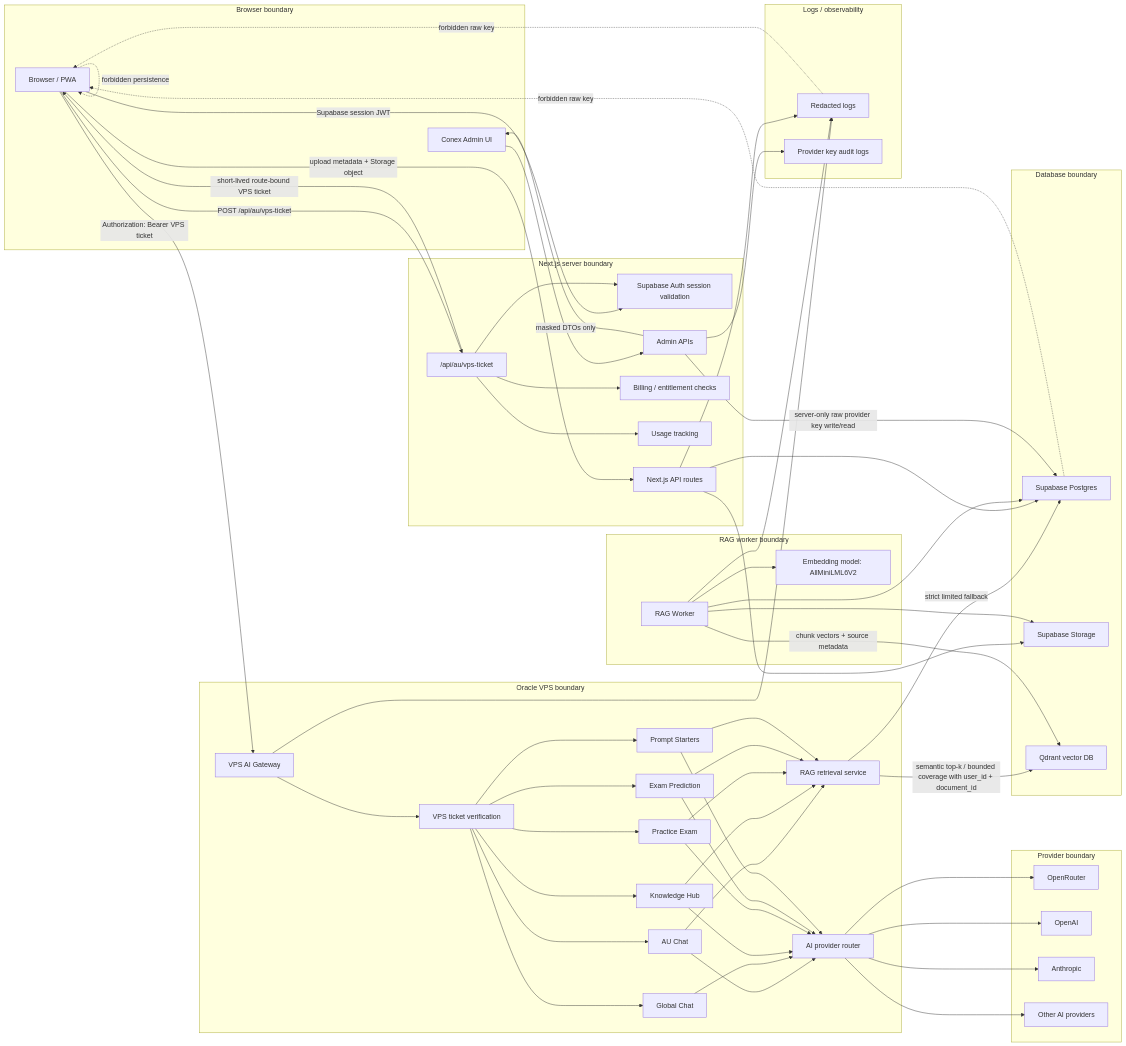
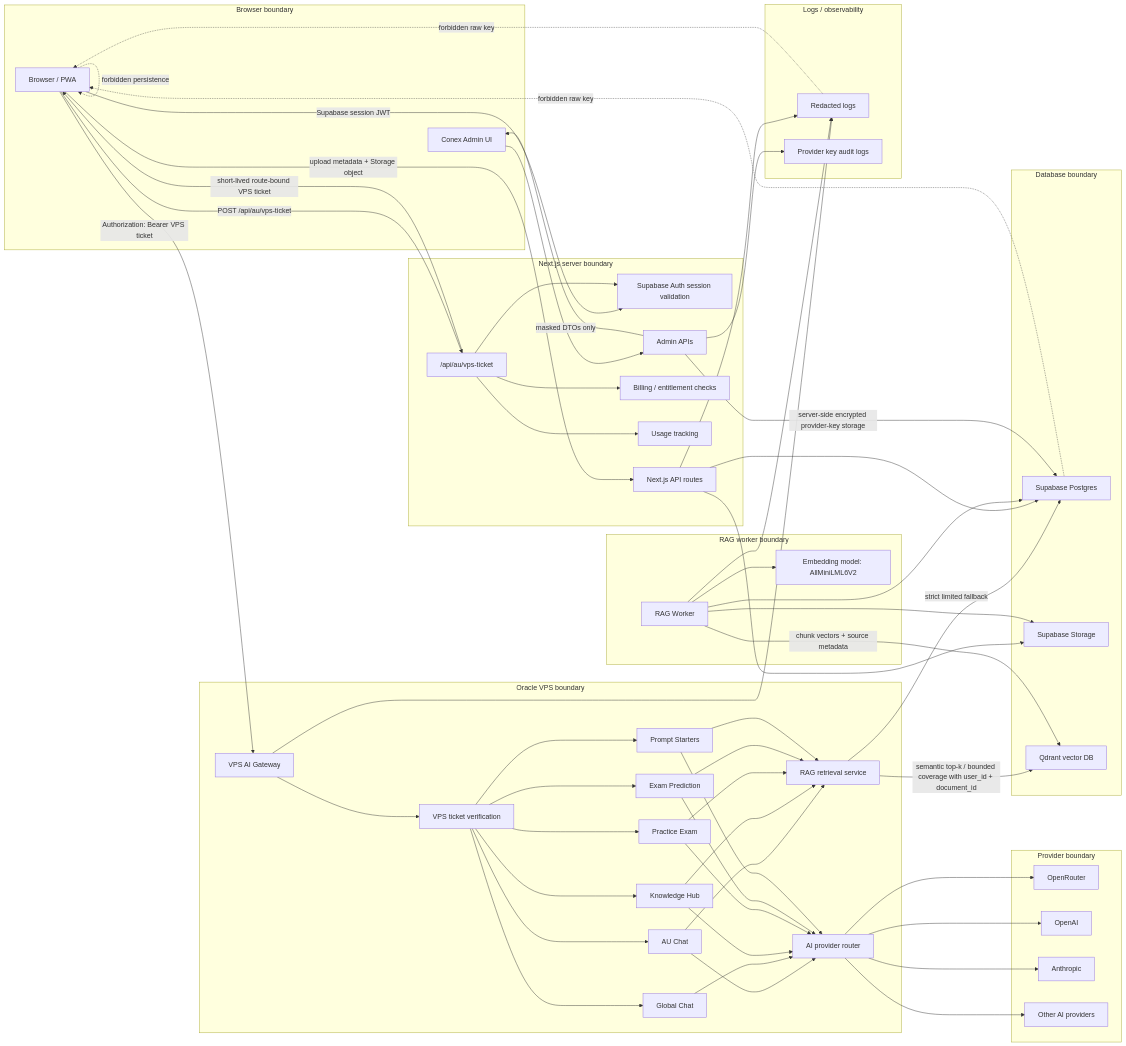
Before and after one commit to DATACUBEAU/Datacube_Au: the diagram in docs/architecture/datacube-au-ai-rag-pipeline.mmd, drawn with Mermaid. The commit also changed 29 other files, not shown here.

First line of the commit message:
feat: implement provider key encryption and update routing contract

```diff
--- a/docs/architecture/datacube-au-ai-rag-pipeline.mmd
+++ b/docs/architecture/datacube-au-ai-rag-pipeline.mmd
@@ -1,104 +1,104 @@
 flowchart LR
   subgraph BROWSER["Browser boundary"]
     PWA["Browser / PWA"]
     AdminUI["Conex Admin UI"]
   end
 
   subgraph NEXT["Next.js server boundary"]
     Auth["Supabase Auth session validation"]
     TicketAPI["/api/au/vps-ticket"]
     NextAPI["Next.js API routes"]
     Entitlements["Billing / entitlement checks"]
     Usage["Usage tracking"]
     AdminAPI["Admin APIs"]
   end
 
   subgraph VPS["Oracle VPS boundary"]
     Gateway["VPS AI Gateway"]
     TicketVerify["VPS ticket verification"]
     AUChat["AU Chat"]
     GlobalChat["Global Chat"]
     Knowledge["Knowledge Hub"]
     Practice["Practice Exam"]
     Prediction["Exam Prediction"]
     Starters["Prompt Starters"]
     Retrieval["RAG retrieval service"]
     Router["AI provider router"]
   end
 
   subgraph DATA["Database boundary"]
     Postgres["Supabase Postgres"]
     Storage["Supabase Storage"]
     Qdrant["Qdrant vector DB"]
   end
 
   subgraph WORKER["RAG worker boundary"]
     Worker["RAG Worker"]
     Embed["Embedding model: AllMiniLML6V2"]
   end
 
   subgraph PROVIDERS["Provider boundary"]
     OpenRouter["OpenRouter"]
     OpenAI["OpenAI"]
     Anthropic["Anthropic"]
     OtherAI["Other AI providers"]
   end
 
   subgraph OBS["Logs / observability"]
     Logs["Redacted logs"]
     Audit["Provider key audit logs"]
   end
 
   PWA -->|"Supabase session JWT"| Auth
   PWA -->|"POST /api/au/vps-ticket"| TicketAPI
   TicketAPI --> Auth
   TicketAPI --> Entitlements
   TicketAPI --> Usage
   TicketAPI -->|"short-lived route-bound VPS ticket"| PWA
   PWA -->|"Authorization: Bearer VPS ticket"| Gateway
   Gateway --> TicketVerify
   TicketVerify --> AUChat
   TicketVerify --> GlobalChat
   TicketVerify --> Knowledge
   TicketVerify --> Practice
   TicketVerify --> Prediction
   TicketVerify --> Starters
 
   AUChat --> Retrieval
   Knowledge --> Retrieval
   Practice --> Retrieval
   Prediction --> Retrieval
   Starters --> Retrieval
   Retrieval -->|"semantic top-k / bounded coverage with user_id + document_id"| Qdrant
   Retrieval -->|"strict limited fallback"| Postgres
 
   PWA -->|"upload metadata + Storage object"| NextAPI
   NextAPI --> Postgres
   NextAPI --> Storage
   Worker --> Storage
   Worker --> Postgres
   Worker --> Embed
   Worker -->|"chunk vectors + source metadata"| Qdrant
 
   AUChat --> Router
   GlobalChat --> Router
   Knowledge --> Router
   Practice --> Router
   Prediction --> Router
   Starters --> Router
   Router --> OpenRouter
   Router --> OpenAI
   Router --> Anthropic
   Router --> OtherAI
 
   AdminUI --> AdminAPI
   AdminAPI -->|"masked DTOs only"| AdminUI
-  AdminAPI -->|"server-only raw provider key write/read"| Postgres
+  AdminAPI -->|"server-side encrypted provider-key storage"| Postgres
   AdminAPI --> Audit
   Gateway --> Logs
   NextAPI --> Logs
   Worker --> Logs
 
   Postgres -. forbidden raw key .-> PWA
   Logs -. forbidden raw key .-> PWA
   PWA -. forbidden persistence .-> PWA
```
